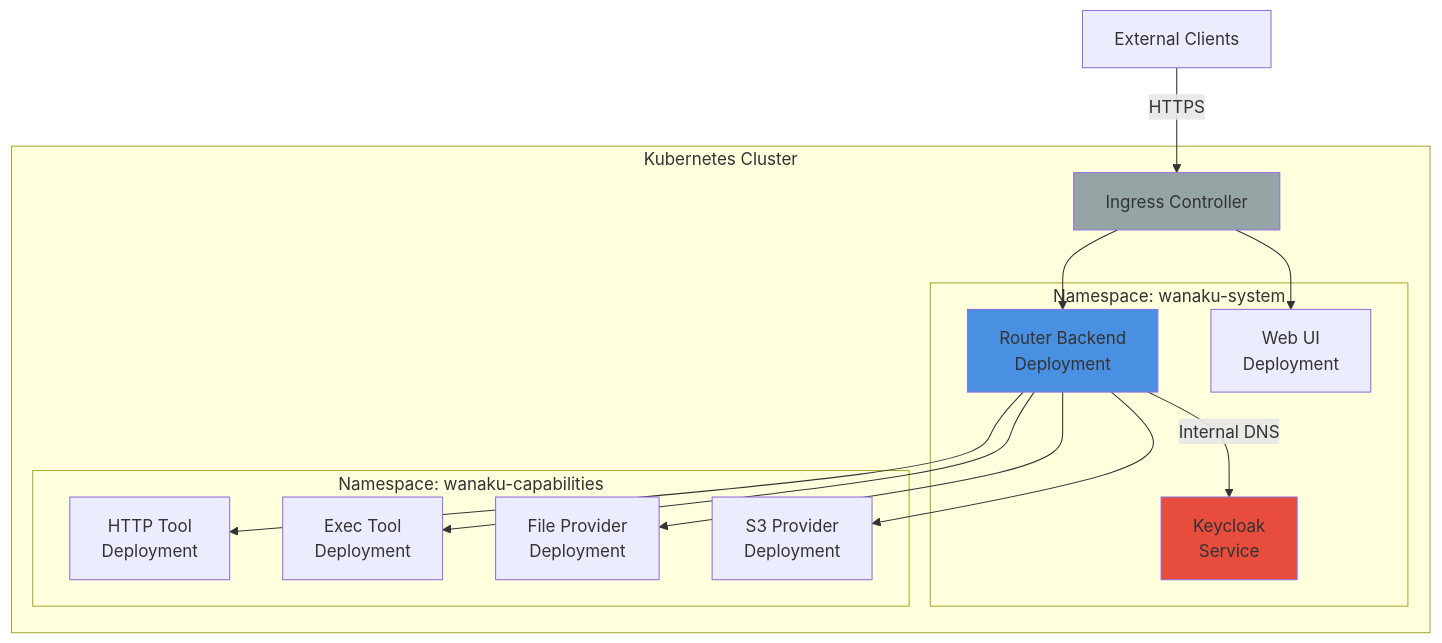
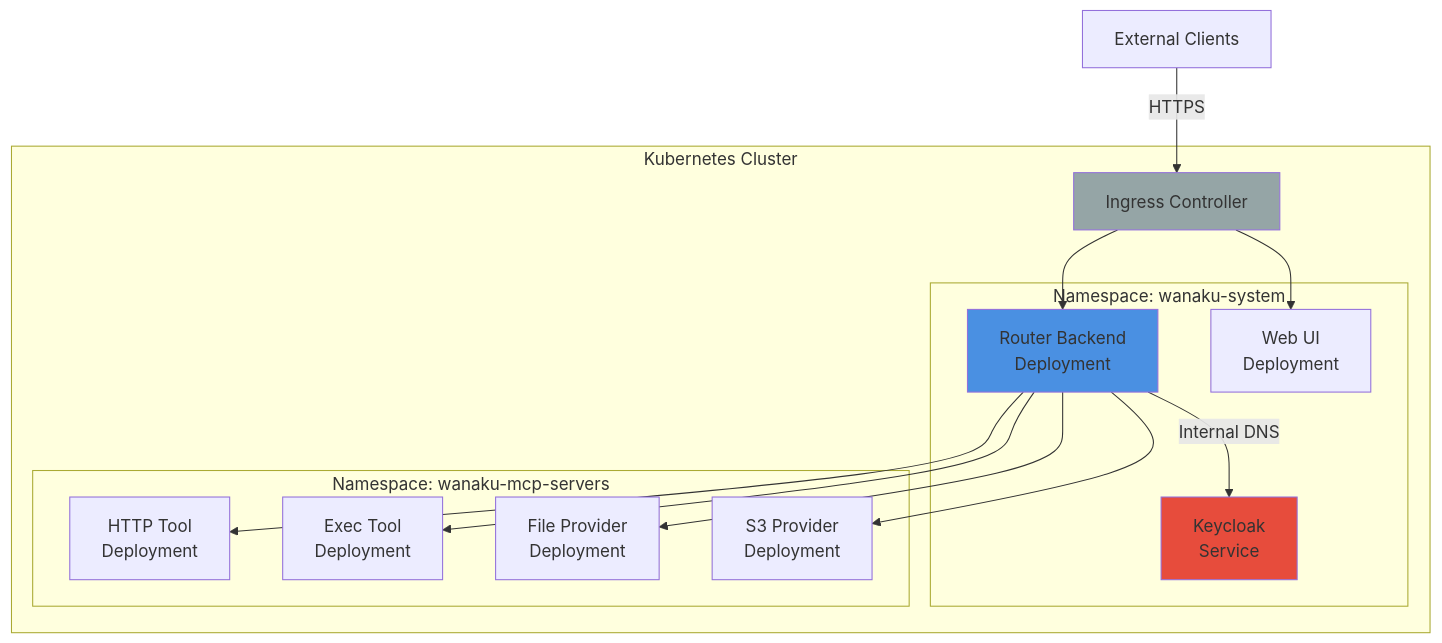
Diagram 11 of 11 in docs/architecture.md (orpiske/wanaku-barn), drawn with Mermaid before and after one commit. The commit also changed other lines of this file and 2 other files, not shown here.

Commit message:
chore: remove capability terminology from architecture, testing, and config docs

````diff
--- a/docs/architecture.md
+++ b/docs/architecture.md
@@ -455,32 +455,32 @@
 ```mermaid
 graph TB
     subgraph "Kubernetes Cluster"
         subgraph "Namespace: wanaku-system"
             KC[Keycloak<br/>Service]
             Router[Router Backend<br/>Deployment]
             UI[Web UI<br/>Deployment]
         end
 
-        subgraph "Namespace: wanaku-capabilities"
+        subgraph "Namespace: wanaku-mcp-servers"
             TS1[HTTP Tool<br/>Deployment]
             TS2[Exec Tool<br/>Deployment]
             RP1[File Provider<br/>Deployment]
             RP2[S3 Provider<br/>Deployment]
         end
 
         Ingress[Ingress Controller]
     end
 
     External[External Clients] -->|HTTPS| Ingress
     Ingress --> Router
     Ingress --> UI
     Router -->|Internal DNS| KC
     Router --> TS1
     Router --> TS2
     Router --> RP1
     Router --> RP2
 
     style Router fill:#4A90E2
     style KC fill:#E74C3C
     style Ingress fill:#95A5A6
 ```
````
